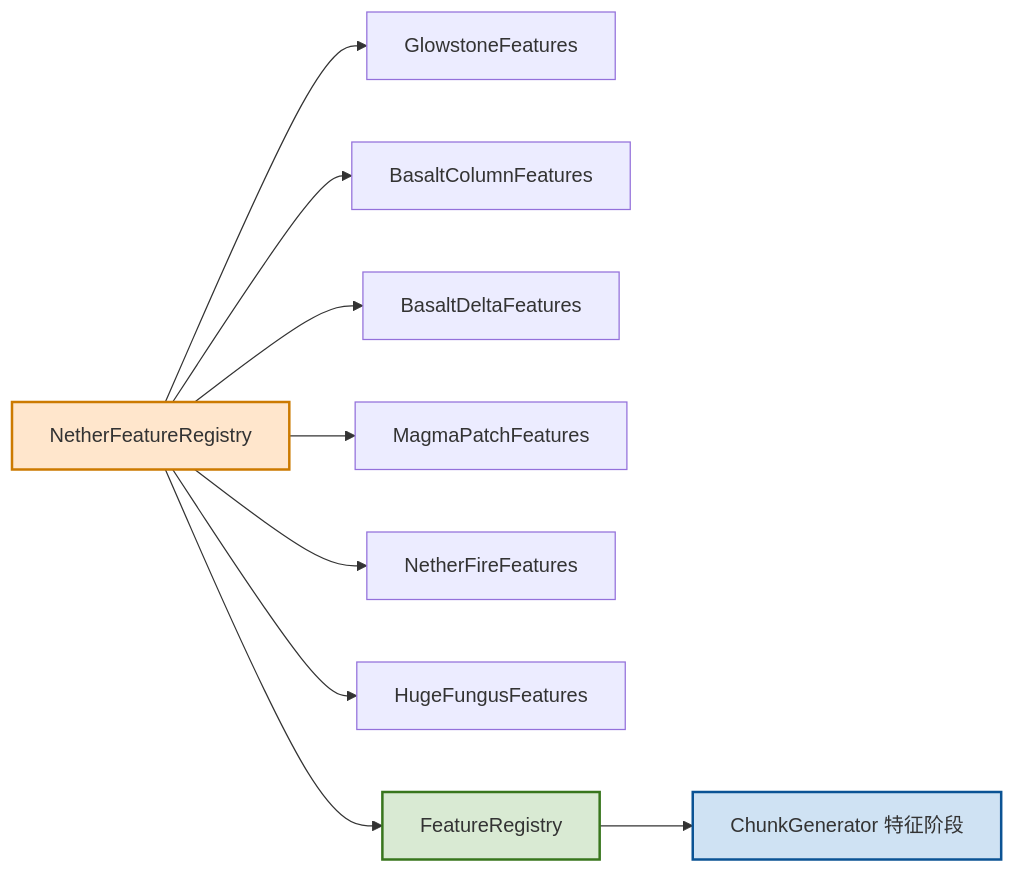
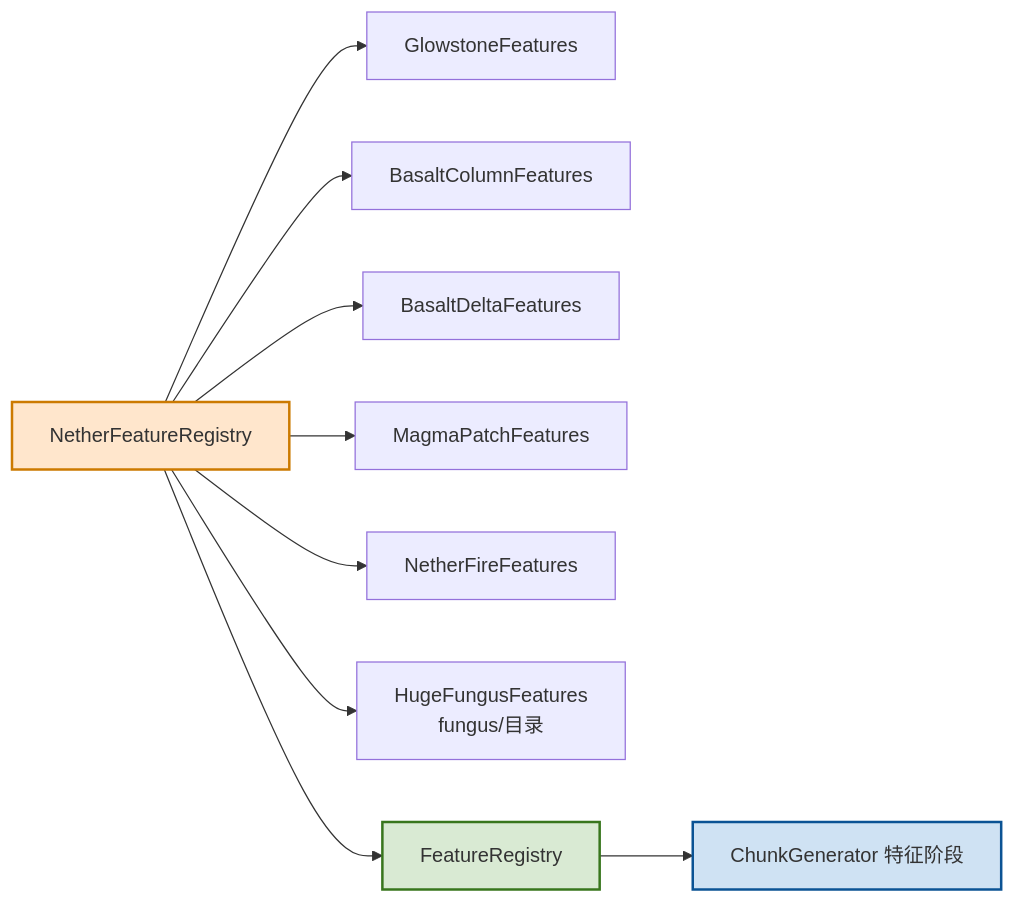
The diagram in src/common/world/gen/feature/nether/README.md (g122622/Cubium), drawn with Mermaid before and after one commit. The commit also changed other lines of this file and 298 other files, not shown here.

````diff
--- a/src/common/world/gen/feature/nether/README.md
+++ b/src/common/world/gen/feature/nether/README.md
@@ -82,15 +48,15 @@
 ```mermaid
 flowchart LR
     A[NetherFeatureRegistry] --> B[GlowstoneFeatures]
     A --> C[BasaltColumnFeatures]
     A --> D[BasaltDeltaFeatures]
     A --> E[MagmaPatchFeatures]
     A --> F[NetherFireFeatures]
-    A --> G[HugeFungusFeatures]
+    A --> G[HugeFungusFeatures<br/>fungus/目录]
     A --> H[FeatureRegistry]
     H --> I[ChunkGenerator 特征阶段]
 
     style A fill:#ffe6cc,stroke:#cc7a00,stroke-width:2px
     style H fill:#d9ead3,stroke:#38761d,stroke-width:2px
     style I fill:#cfe2f3,stroke:#0b5394,stroke-width:2px
 ```
````
